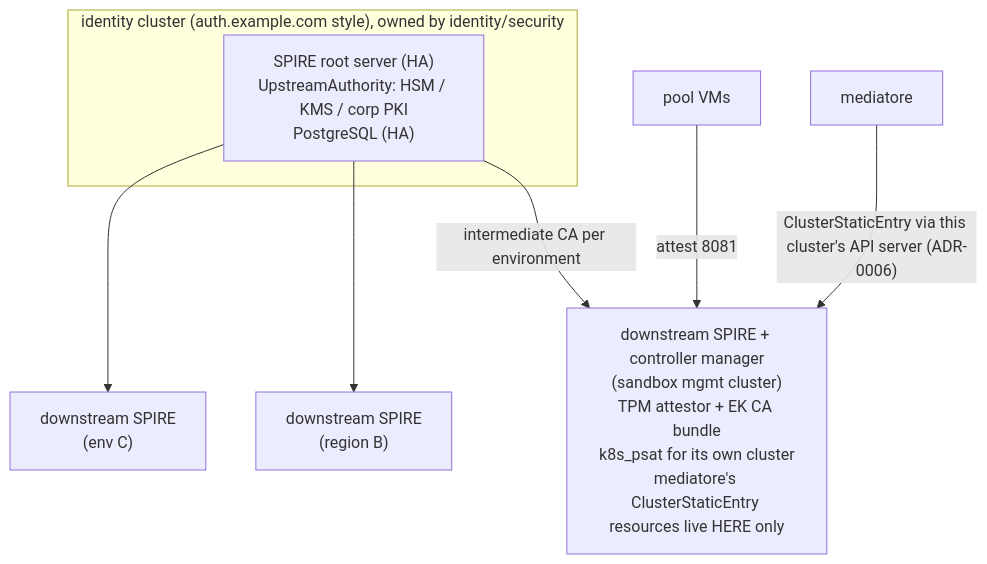
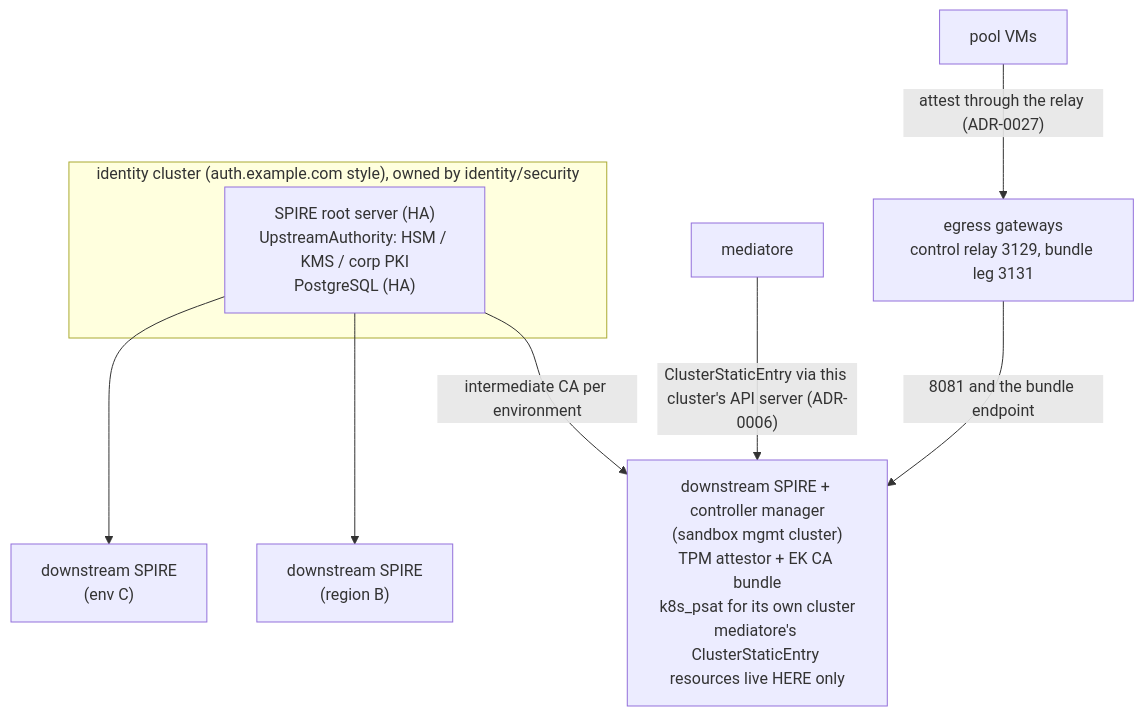
The diagram in docs/guides/enterprise-spire-topology.md (firestoned/mediatore), drawn with Mermaid before and after one commit. The commit also changed other lines of this file and 92 other files, not shown here.

````diff
--- a/docs/guides/enterprise-spire-topology.md
+++ b/docs/guides/enterprise-spire-topology.md
@@ -21,17 +21,19 @@
 ```mermaid
 flowchart TB
   subgraph identity ["identity cluster (auth.example.com style), owned by identity/security"]
     root["SPIRE root server (HA)<br/>UpstreamAuthority: HSM / KMS / corp PKI<br/>PostgreSQL (HA)"]
   end
 
   mgmt["downstream SPIRE + controller manager<br/>(sandbox mgmt cluster)<br/>TPM attestor + EK CA bundle<br/>k8s_psat for its own cluster<br/>mediatore's ClusterStaticEntry resources live HERE only"]
   regionb["downstream SPIRE<br/>(region B)"]
   envc["downstream SPIRE<br/>(env C)"]
 
   root -- "intermediate CA per environment" --> mgmt
   root --> regionb
   root --> envc
 
-  vms["pool VMs"] -- "attest 8081" --> mgmt
+  gw["egress gateways<br/>control relay 3129, bundle leg 3131"]
+  vms["pool VMs"] -- "attest through the relay (ADR-0027)" --> gw
+  gw -- "8081 and the bundle endpoint" --> mgmt
   mediatore["mediatore"] -- "ClusterStaticEntry via this cluster's API server (ADR-0006)" --> mgmt
 ```
````
